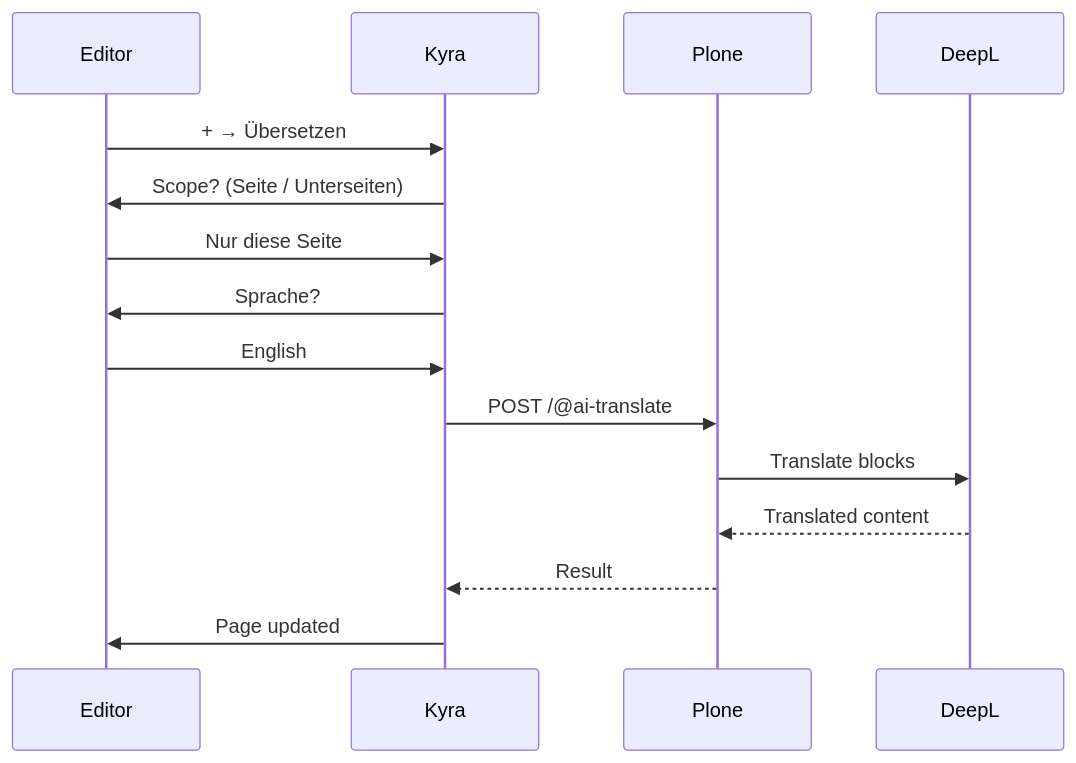
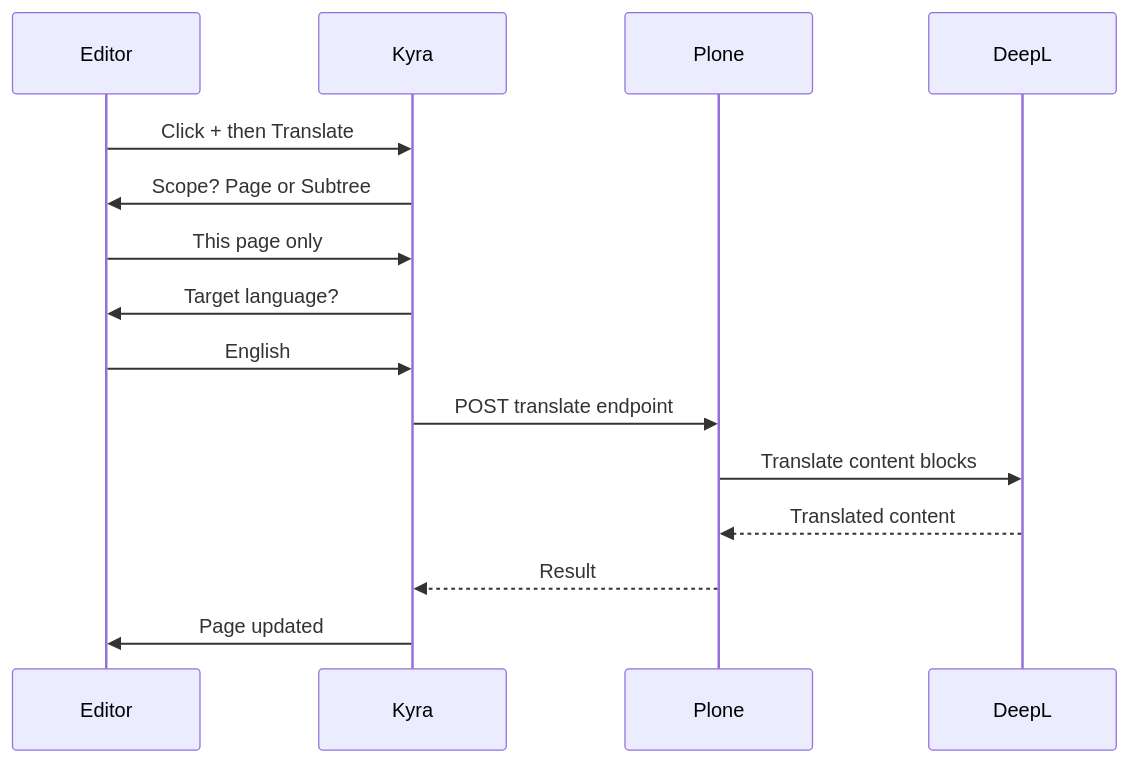
One commit to interaktivgmbh/volto-interaktiv-kyra changed the first of 6 diagrams in README.md. Above: the diagram before and after it, drawn with Mermaid. The commit also changed other lines of this file, not shown here.

````diff
--- a/README.md
+++ b/README.md
@@ -43,18 +39,18 @@
 ```mermaid
 sequenceDiagram
     participant Editor
     participant Kyra
     participant Plone
     participant DeepL
 
-    Editor->>Kyra: + → Übersetzen
-    Kyra->>Editor: Scope? (Seite / Unterseiten)
-    Editor->>Kyra: Nur diese Seite
-    Kyra->>Editor: Sprache?
+    Editor->>Kyra: Click + then Translate
+    Kyra->>Editor: Scope? Page or Subtree
+    Editor->>Kyra: This page only
+    Kyra->>Editor: Target language?
     Editor->>Kyra: English
-    Kyra->>Plone: POST /@ai-translate
-    Plone->>DeepL: Translate blocks
+    Kyra->>Plone: POST translate endpoint
+    Plone->>DeepL: Translate content blocks
     DeepL-->>Plone: Translated content
     Plone-->>Kyra: Result
     Kyra->>Editor: Page updated
 ```
````
